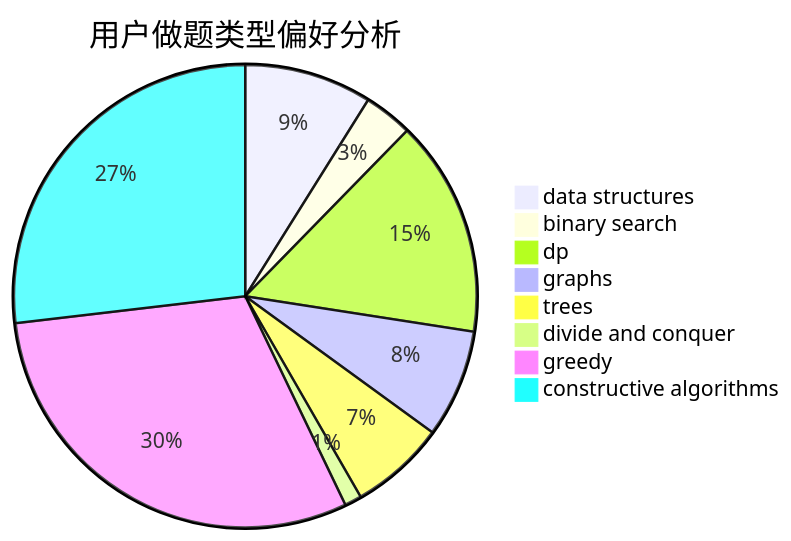
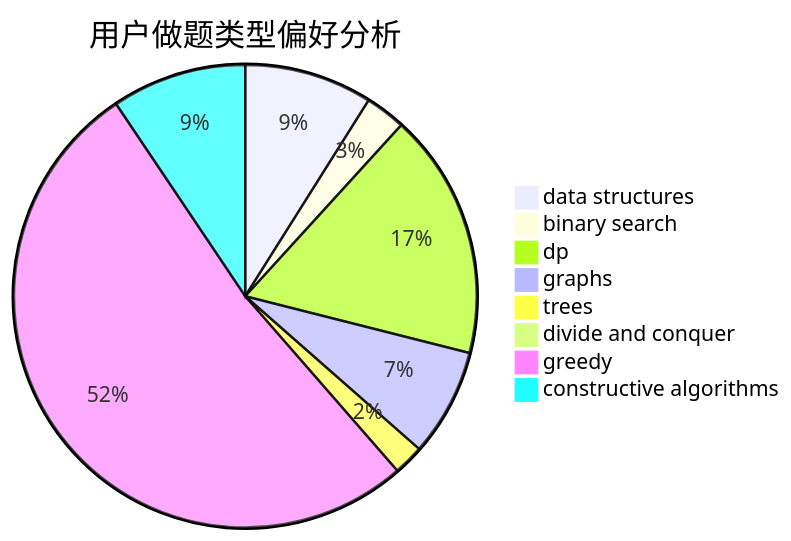
The second of 3 diagrams in docs/user/u2550.md (sherpahu/cfrs.github.io), drawn with Mermaid before and after one commit. The commit also changed other lines of this file and 2770 other files, not shown here.

````diff
--- a/docs/user/u2550.md
+++ b/docs/user/u2550.md
@@ -23,11 +23,11 @@
 ```mermaid
 pie title 用户做题类型偏好分析
-    "data structures" :  60
-    "binary search" :  23
-    "dp" :  102
-    "graphs" :  51
-    "trees" :  45
-    "divide and conquer" :  8
-    "greedy" :  204
-    "constructive algorithms" :  181
+    "data structures" :  38
+    "binary search" :  12
+    "dp" :  73
+    "graphs" :  32
+    "trees" :  9
+    "divide and conquer" :  3
+    "greedy" :  221
+    "constructive algorithms" :  40
 ```
````
